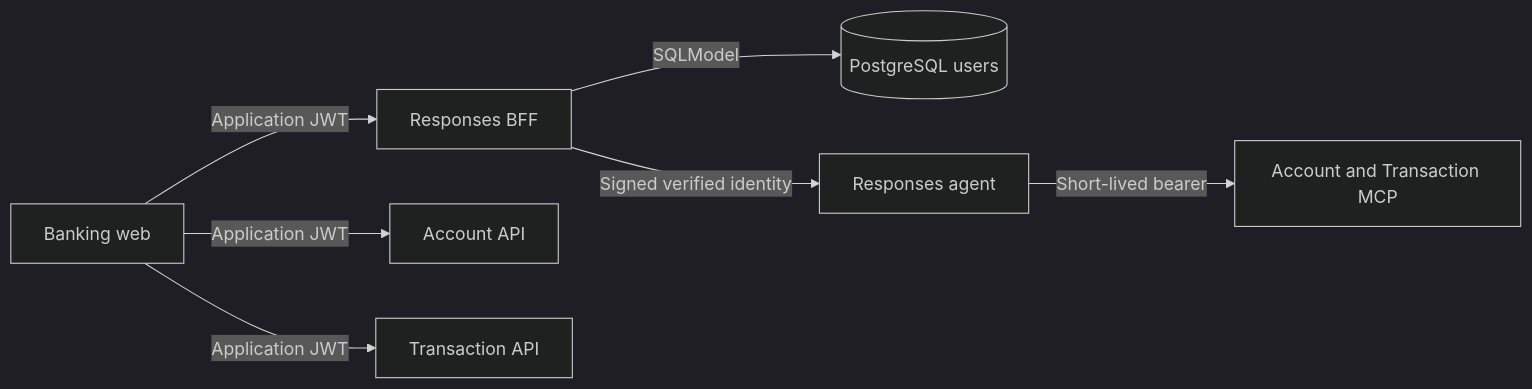
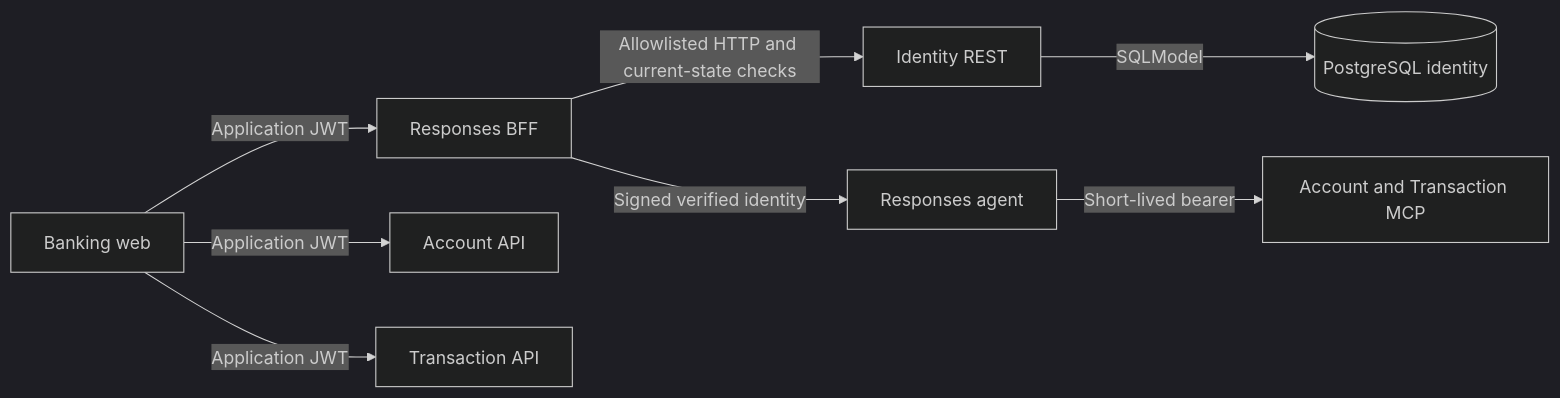
Before and after one commit to cristofima/factored-hackathon-2026-cristopher-coronado: the diagram in app/responses-bff/README.md, drawn with Mermaid (dark theme). The commit also changed other lines of this file and 4 other files, not shown here.

````diff
--- a/app/responses-bff/README.md
+++ b/app/responses-bff/README.md
@@ -11,9 +13,10 @@
 ```mermaid
 flowchart LR
     Browser[Banking web] -->|Application JWT| BFF[Responses BFF]
     Browser -->|Application JWT| Account[Account API]
     Browser -->|Application JWT| Transaction[Transaction API]
-    BFF -->|SQLModel| DB[(PostgreSQL users)]
+    BFF -->|Allowlisted HTTP and current-state checks| Identity[Identity REST]
+    Identity -->|SQLModel| DB[(PostgreSQL identity)]
     BFF -->|Signed verified identity| Agent[Responses agent]
     Agent -->|Short-lived bearer| MCP[Account and Transaction MCP]
 ```
````
